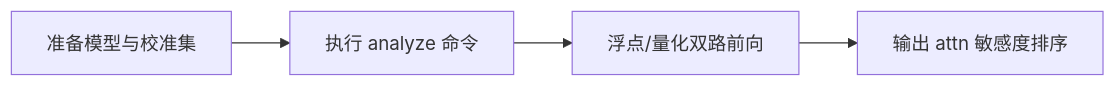
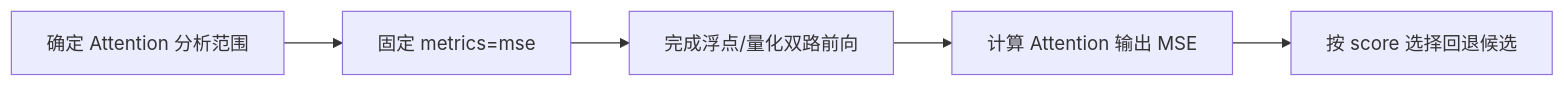
Before and after one commit to mindstudio-docs/master: the diagram in msmodelslim/docs/zh/knowledge_base/quantization_algorithms/attention_mse/usage_attention_mse.md, drawn with Mermaid. The commit also changed other lines of this file and 73 other files, not shown here.

````diff
--- a/msmodelslim/docs/zh/knowledge_base/quantization_algorithms/attention_mse/usage_attention_mse.md
+++ b/msmodelslim/docs/zh/knowledge_base/quantization_algorithms/attention_mse/usage_attention_mse.md
@@ -40,6 +23,7 @@
 ```mermaid
 flowchart LR
-    A[准备模型与校准集] --> B[执行 analyze 命令]
-    B --> C[浮点/量化双路前向]
-    C --> D[输出 attn 敏感度排序]
+    A[确定 Attention 分析范围] --> B[固定 metrics=mse]
+    B[固定 metrics=mse] --> C[完成浮点/量化双路前向]
+    C[完成浮点/量化双路前向] --> D[计算 Attention 输出 MSE]
+    D[计算 Attention 输出 MSE] --> E[按 score 选择回退候选]
 ```
````
